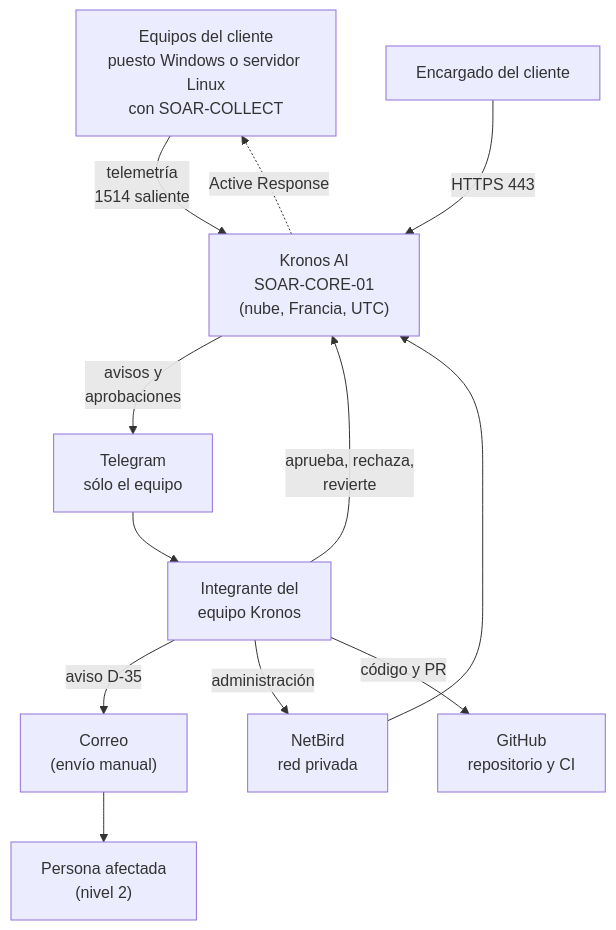
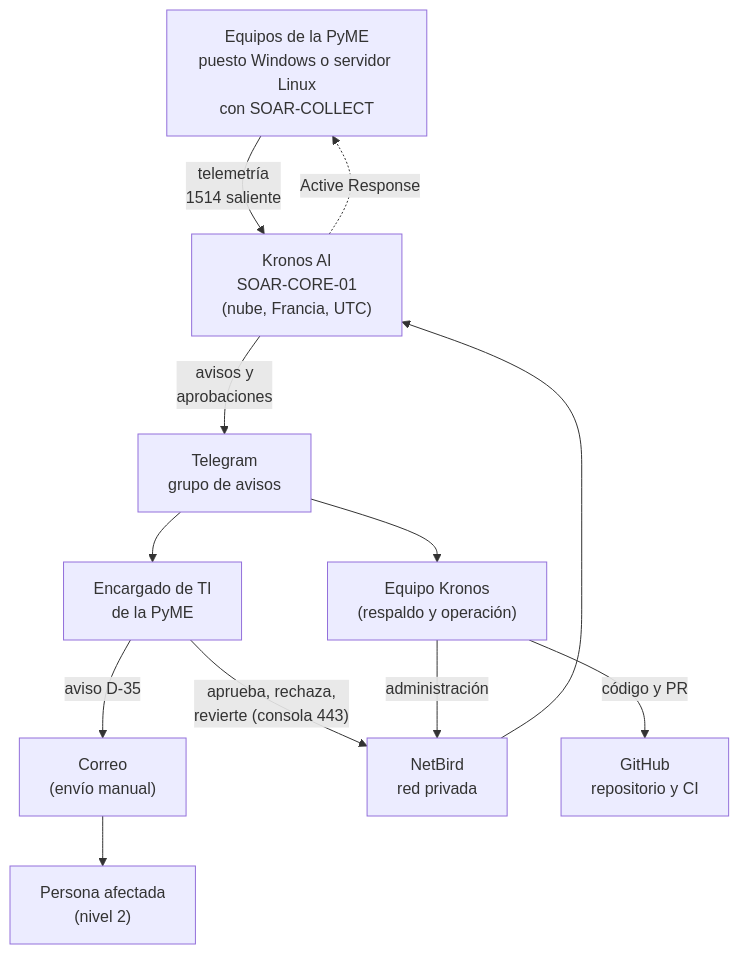
Before and after one commit to soaria186/kronos-ai: the diagram in docs/diagramas/09_contexto.mmd, drawn with Mermaid. The commit also changed 28 other files, not shown here.

First line of the commit message:
docs(diagramas): al día con la v1.0 y el replanteamiento PyME

```diff
--- a/docs/diagramas/09_contexto.mmd
+++ b/docs/diagramas/09_contexto.mmd
@@ -1,18 +1,19 @@
 flowchart TB
-    EQC["Equipos del cliente<br/>puesto Windows o servidor Linux<br/>con SOAR-COLLECT"]
-    ENC["Encargado del cliente"]
+    EQC["Equipos de la PyME<br/>puesto Windows o servidor Linux<br/>con SOAR-COLLECT"]
+    ENC["Encargado de TI<br/>de la PyME"]
     K["Kronos AI<br/>SOAR-CORE-01<br/>(nube, Francia, UTC)"]
-    TG["Telegram<br/>sólo el equipo"]
-    OP["Integrante del<br/>equipo Kronos"]
+    TG["Telegram<br/>grupo de avisos"]
+    OP["Equipo Kronos<br/>(respaldo y operación)"]
     MAIL["Correo<br/>(envío manual)"]
     PA["Persona afectada<br/>(nivel 2)"]
     NB["NetBird<br/>red privada"]
     GH["GitHub<br/>repositorio y CI"]
     EQC -- "telemetría<br/>1514 saliente" --> K
     K -. "Active Response" .-> EQC
-    ENC -- "HTTPS 443" --> K
-    K -- "avisos y<br/>aprobaciones" --> TG --> OP
-    OP -- "aprueba, rechaza,<br/>revierte" --> K
-    OP -- "aviso D-35" --> MAIL --> PA
+    K -- "avisos y<br/>aprobaciones" --> TG
+    TG --> ENC
+    TG --> OP
+    ENC -- "aprueba, rechaza,<br/>revierte (consola 443)" --> NB
+    ENC -- "aviso D-35" --> MAIL --> PA
     OP -- "administración" --> NB --> K
     OP -- "código y PR" --> GH
```
